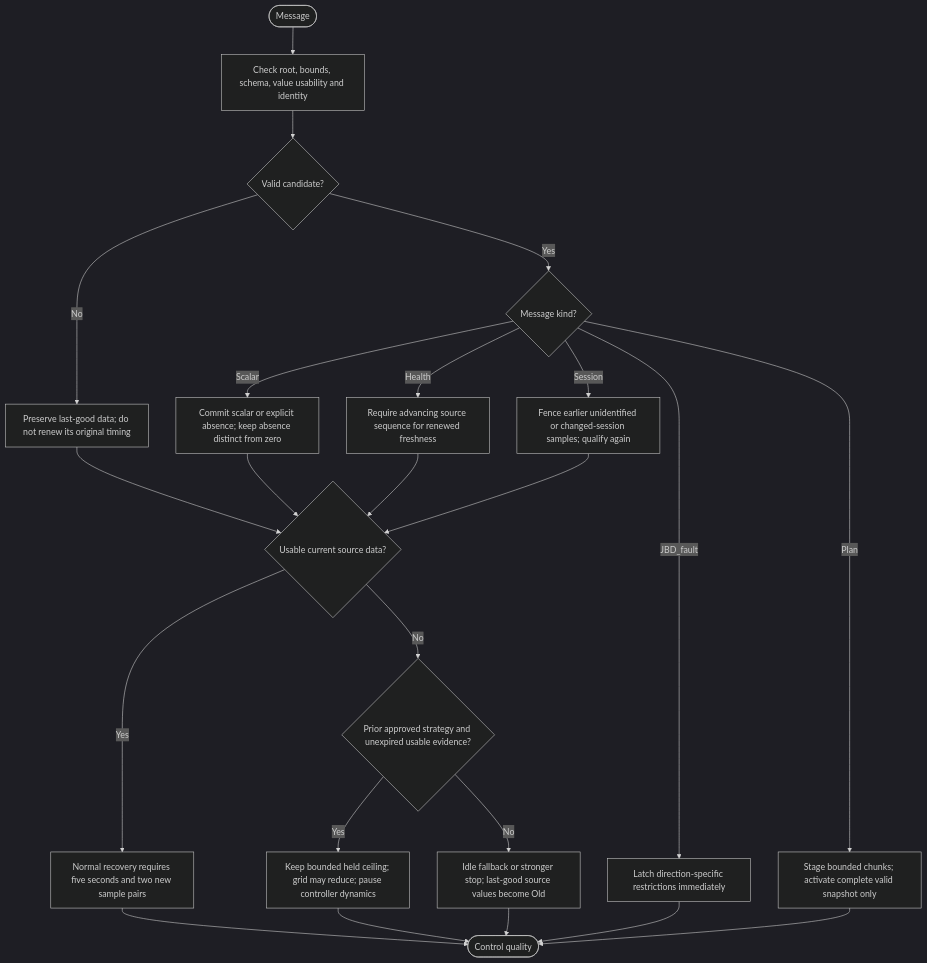
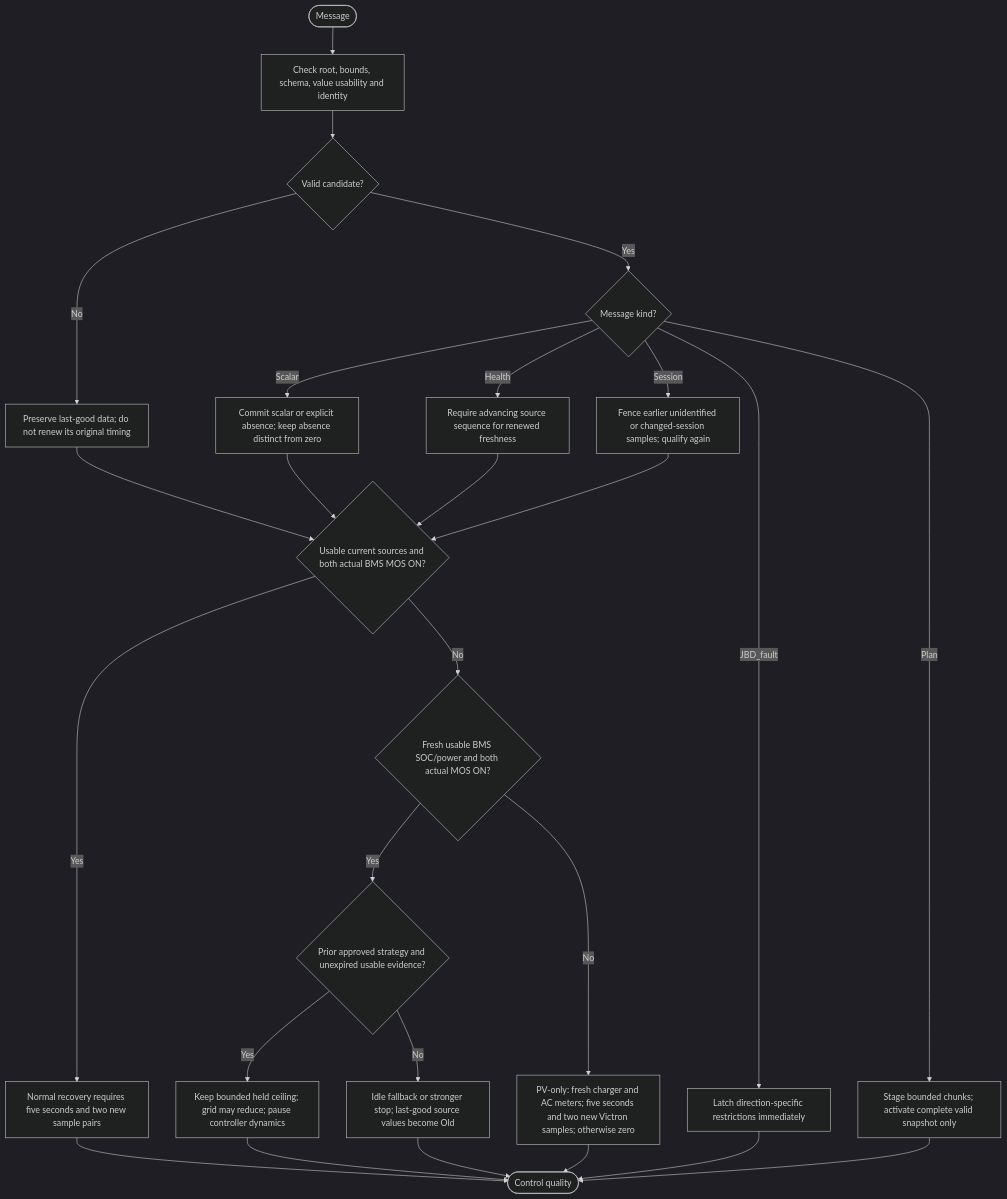
One commit to vitalyruhl/SolarInverterLimiter changed the diagram in docs/control-planning/01-measurement-validation.md. Above: the diagram before and after it, drawn with Mermaid (dark theme). The commit also changed other lines of this file and 23 other files, not shown here.

````diff
--- a/docs/control-planning/01-measurement-validation.md
+++ b/docs/control-planning/01-measurement-validation.md
@@ -12,26 +12,29 @@
 ```mermaid
 flowchart TD
   RX([Message]) --> CHECK["Check root, bounds, schema, value usability and identity"]
   CHECK --> VALID{"Valid candidate?"}
   VALID -- No --> KEEP["Preserve last-good data; do not renew its original timing"]
   VALID -- Yes --> TYPE{"Message kind?"}
   TYPE -- Scalar --> VALUE["Commit scalar or explicit absence; keep absence distinct from zero"]
   TYPE -- Health --> SEQ["Require advancing source sequence for renewed freshness"]
   TYPE -- Session --> FENCE["Fence earlier unidentified or changed-session samples; qualify again"]
   TYPE -- JBD_fault --> ALARM["Latch direction-specific restrictions immediately"]
   TYPE -- Plan --> STAGE["Stage bounded chunks; activate complete valid snapshot only"]
   KEEP --> QUALITY
   VALUE --> QUALITY
   SEQ --> QUALITY
   FENCE --> QUALITY
-  QUALITY{"Usable current source data?"}
+  QUALITY{"Usable current sources and both actual BMS MOS ON?"}
   QUALITY -- Yes --> QUAL["Normal recovery requires five seconds and two new sample pairs"]
-  QUALITY -- No --> GRACE{"Prior approved strategy and unexpired usable evidence?"}
+  QUALITY -- No --> BMS{"Fresh usable BMS SOC/power and both actual MOS ON?"}
+  BMS -- No --> PVONLY["PV-only: fresh charger and AC meters; five seconds and two new Victron samples; otherwise zero"]
+  BMS -- Yes --> GRACE{"Prior approved strategy and unexpired usable evidence?"}
   GRACE -- Yes --> HOLD["Keep bounded held ceiling; grid may reduce; pause controller dynamics"]
   GRACE -- No --> FALL["Idle fallback or stronger stop; last-good source values become Old"]
   QUAL --> OUT([Control quality])
   HOLD --> OUT
   FALL --> OUT
+  PVONLY --> OUT
   ALARM --> OUT
   STAGE --> OUT
 ```
````
